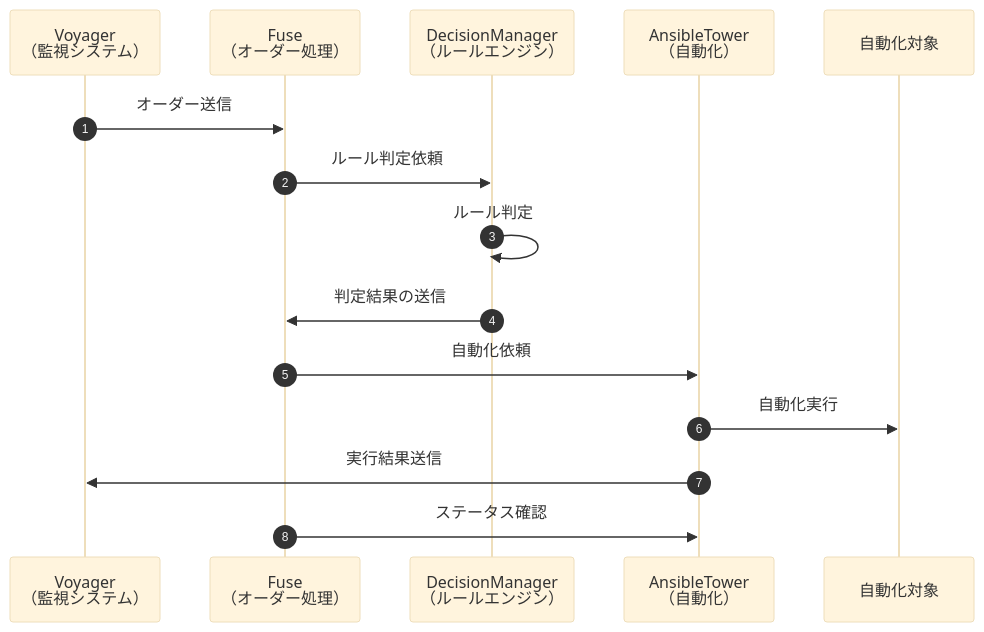
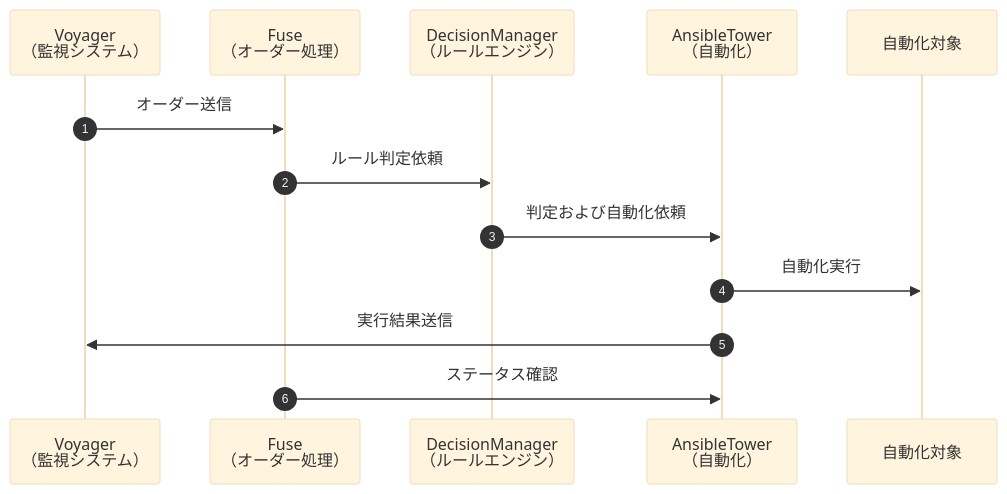
Before and after one commit to panda-git-hub/handbook: the diagram in hoge.md, drawn with Mermaid (base theme). The commit also changed other lines of this file, not shown here.

````diff
--- a/hoge.md
+++ b/hoge.md
@@ -1,18 +1,16 @@
 ```mermaid
 sequenceDiagram
   autonumber
   participant A as Voyager<br>（監視システム）
   participant B as Fuse<br>（オーダー処理）
   participant C as DecisionManager<br>（ルールエンジン）
   participant D as AnsibleTower<br>（自動化）
   participant E as 自動化対象
 
   A->>B: オーダー送信
   B->>C: ルール判定依頼
-  C->>C: ルール判定
-  C->>B: 判定結果の送信
-  B->>D: 自動化依頼
+  C->>D: 判定および自動化依頼
   D->>E: 自動化実行  
   D->>A: 実行結果送信
   B->>D: ステータス確認 
 ```
````
